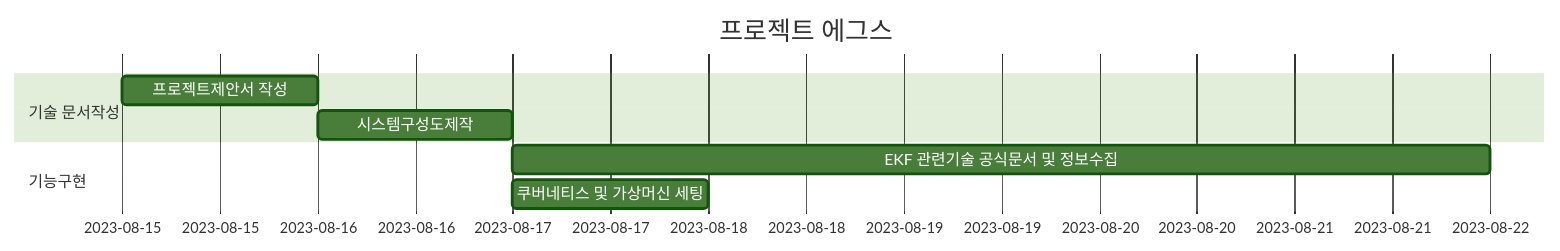
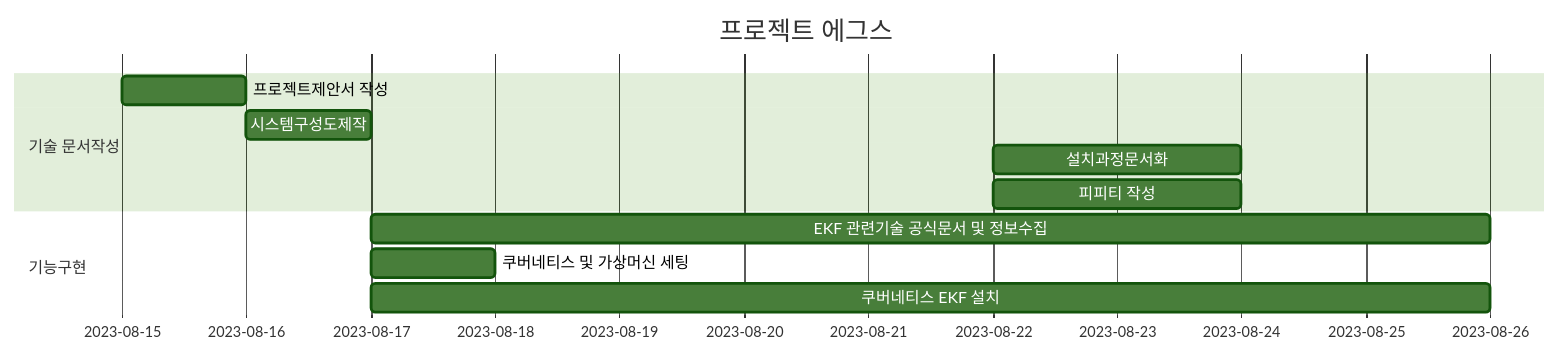
Before and after one commit to minjunkim5876/project_eggs: the diagram in README.md, drawn with Mermaid (forest theme).

Commit message:
55ㅇㅇ

````diff
--- a/README.md
+++ b/README.md
@@ -4,12 +4,15 @@
 ```mermaid
 gantt
     title 프로젝트 에그스
     dateFormat  YYYY-MM-DD
     section 기술 문서작성
     프로젝트제안서 작성  : a1, 2023-8-15, 1d
     시스템구성도제작  : 2023-8-16, 1d
+    설치과정문서화 : 2023-8-22, 2d
+    피피티 작성 : 2023-8-22, 2d
 
     section 기능구현
-    EKF 관련기술 공식문서 및 정보수집     : 2023-8-17  , 5d
+    EKF 관련기술 공식문서 및 정보수집     : 2023-8-17  , 9d
     쿠버네티스 및 가상머신 세팅 : 2023-8-17,  1d
+    쿠버네티스 EKF 설치 : 2023-8-17  , 9d
 ```
````
